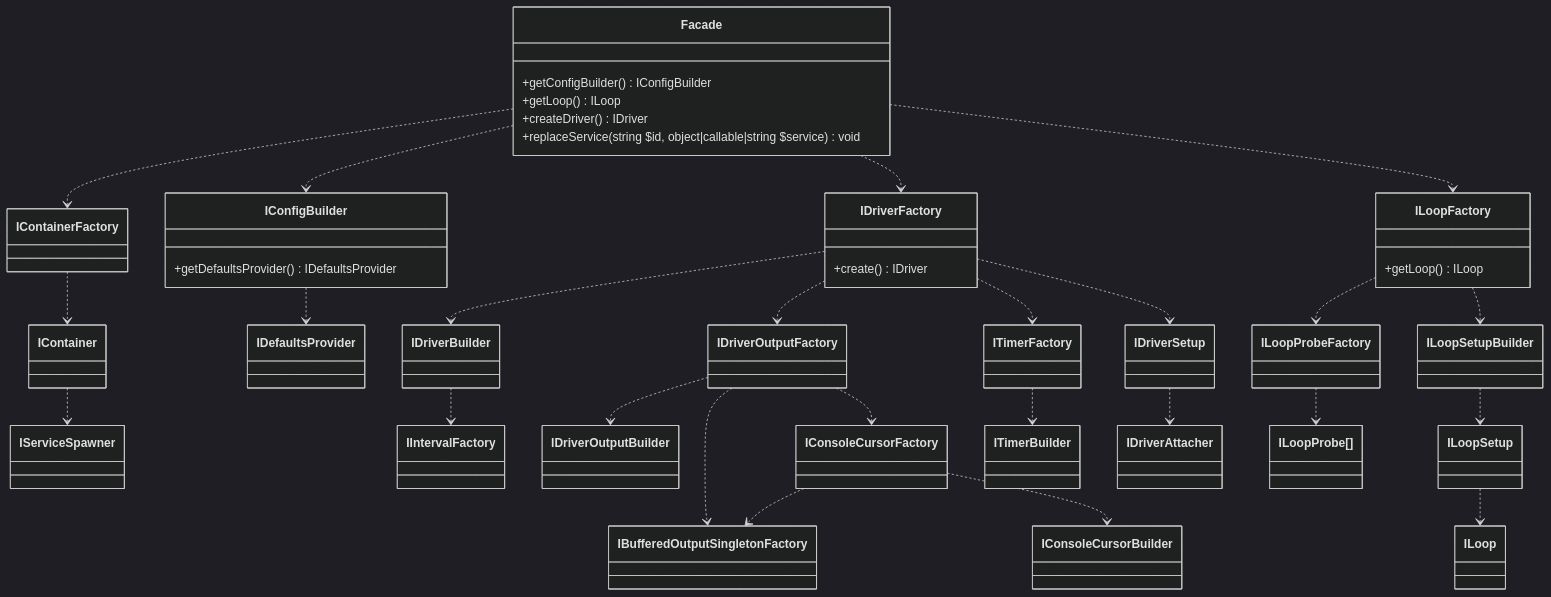
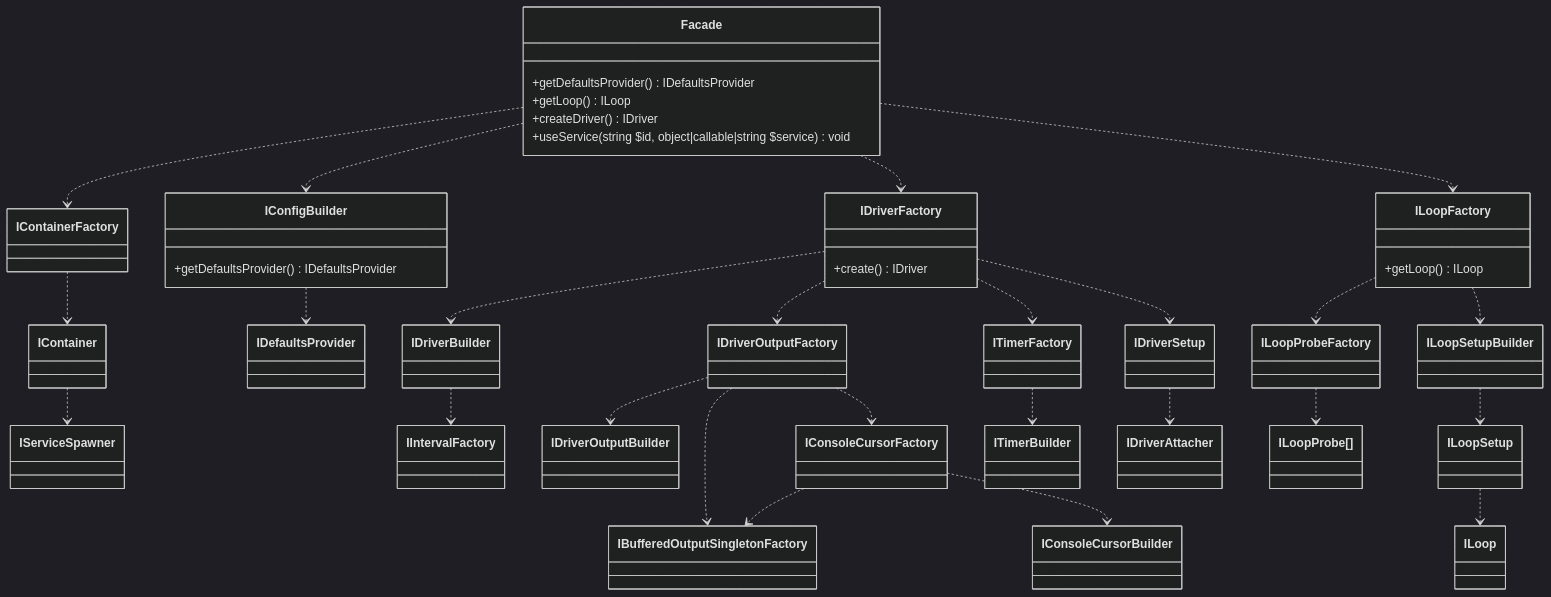
One commit to alecrabbit/php-console-spinner changed the first of 2 diagrams in doc/info/chart/services.md. Above: the diagram before and after it, drawn with Mermaid (dark theme). The commit also changed 15 other files, not shown here.

````diff
--- a/doc/info/chart/services.md
+++ b/doc/info/chart/services.md
@@ -3,61 +3,61 @@
 ```mermaid
 classDiagram
     direction TB
     Facade ..> IContainerFactory
     Facade ..> IConfigBuilder
     Facade ..> IDriverFactory
     Facade ..> ILoopFactory
    
 
     class Facade {
-        +getConfigBuilder() IConfigBuilder
+        +getDefaultsProvider() IDefaultsProvider
         +getLoop() ILoop
         +createDriver() IDriver
-        +replaceService(string $id, object|callable|string $service) void
+        +useService(string $id, object|callable|string $service) void
     }
     
     IContainerFactory ..> IContainer
     
     IContainer ..> IServiceSpawner
 
     IDriverFactory ..> IDriverBuilder
     IDriverFactory ..> IDriverOutputFactory
     IDriverFactory ..> ITimerFactory
     IDriverFactory ..> IDriverSetup
     
     class IDriverFactory {
         +create() IDriver
     }
     
     IDriverOutputFactory ..> IDriverOutputBuilder
     IDriverOutputFactory ..> IBufferedOutputSingletonFactory
     IDriverOutputFactory ..> IConsoleCursorFactory
     
     IDriverBuilder ..> IIntervalFactory
     
     IConsoleCursorFactory ..> IBufferedOutputSingletonFactory
     IConsoleCursorFactory ..> IConsoleCursorBuilder
     
     ITimerFactory ..> ITimerBuilder
     
     IDriverSetup ..> IDriverAttacher
     
     ILoopSetup ..> ILoop
 
     IConfigBuilder ..> IDefaultsProvider
     
     class IConfigBuilder {
         +getDefaultsProvider() IDefaultsProvider
     }
     
     ILoopFactory ..> ILoopProbeFactory
     ILoopFactory ..> ILoopSetupBuilder
     
     ILoopProbeFactory ..> `ILoopProbe[]`
     
     ILoopSetupBuilder ..> ILoopSetup
 
     class ILoopFactory {
         +getLoop() ILoop
     }
 ```
````
